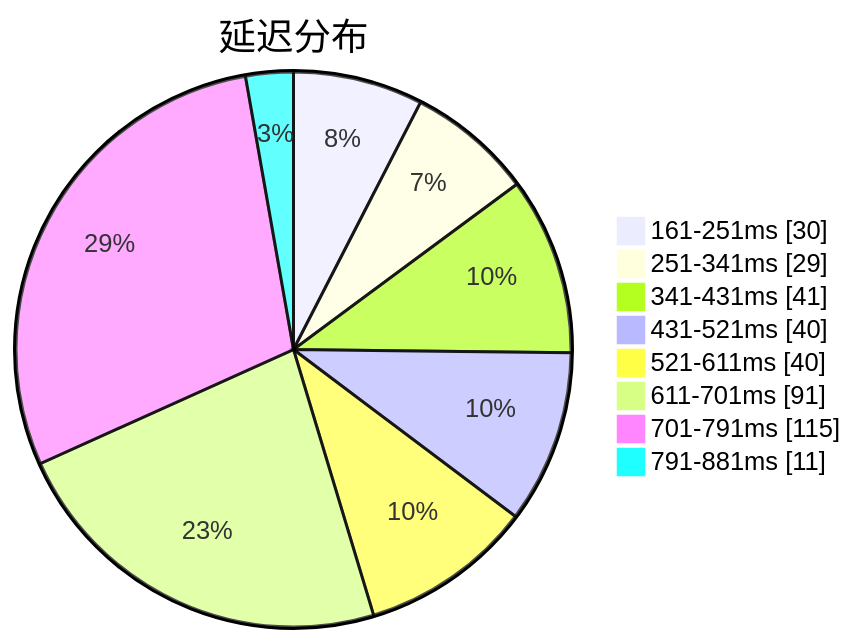
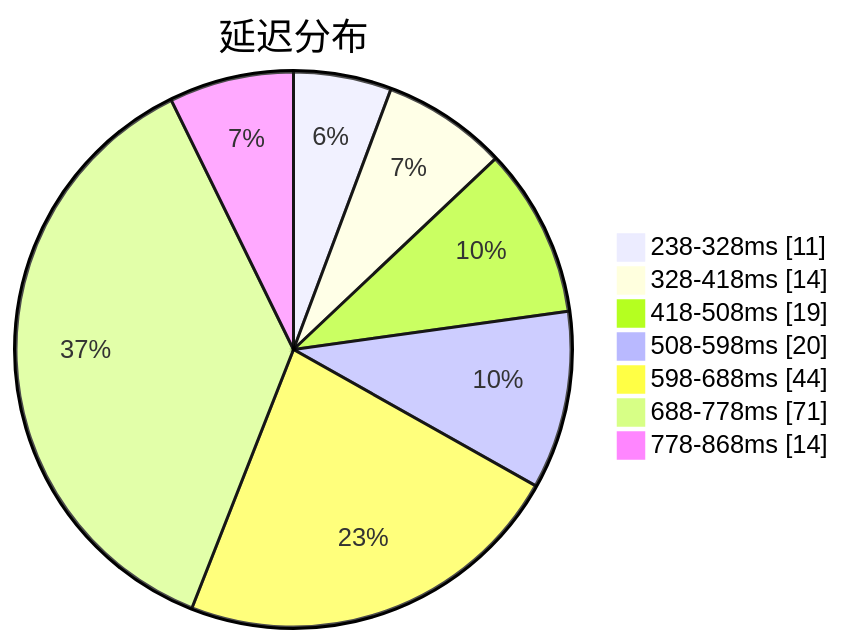
Before and after one commit to qjlxg/airport: the first of 3 diagrams in subs/statistics/tested_within.md, drawn with Mermaid. The commit also changed other lines of this file and 2 other files, not shown here.

````diff
--- a/subs/statistics/tested_within.md
+++ b/subs/statistics/tested_within.md
@@ -2,12 +2,11 @@
 ```mermaid
 pie showData
 title 延迟分布
-"161-251ms" : 30
-"251-341ms" : 29
-"341-431ms" : 41
-"431-521ms" : 40
-"521-611ms" : 40
-"611-701ms" : 91
-"701-791ms" : 115
-"791-881ms" : 11
+"238-328ms" : 11
+"328-418ms" : 14
+"418-508ms" : 19
+"508-598ms" : 20
+"598-688ms" : 44
+"688-778ms" : 71
+"778-868ms" : 14
 ```
````
